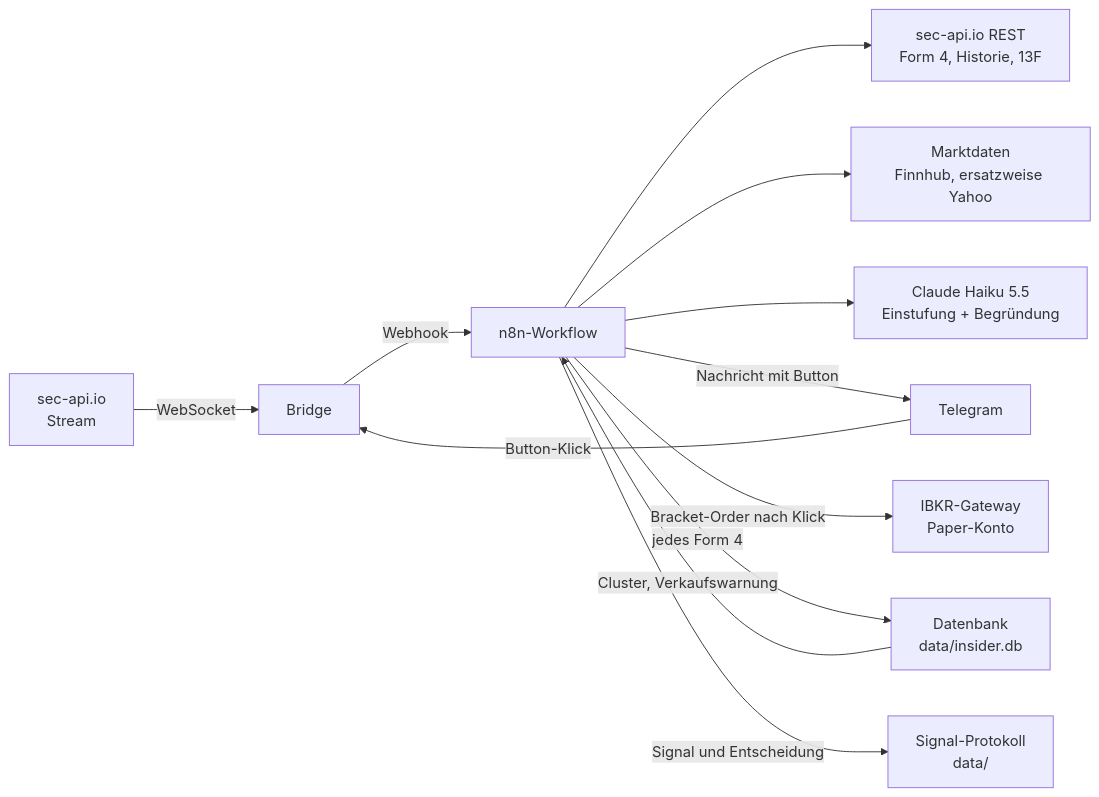
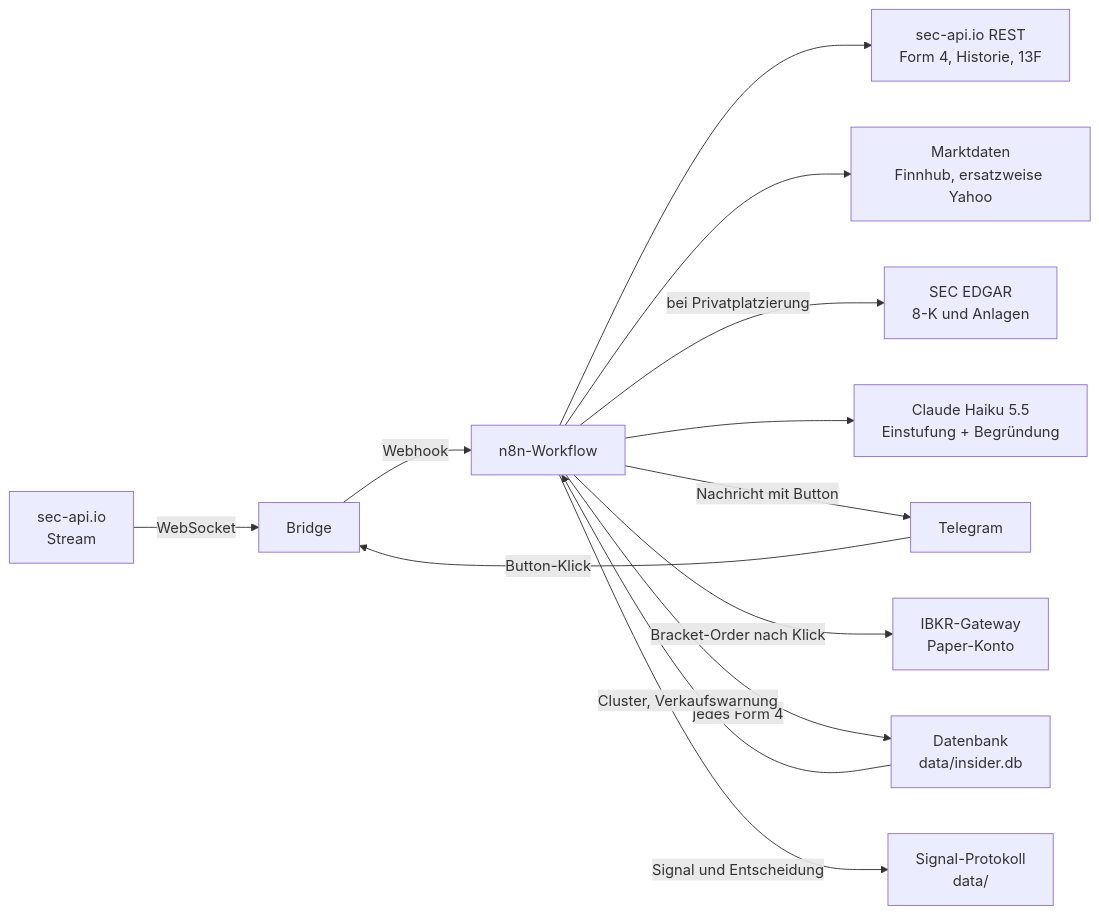
The diagram in README.md (Raphi372/Insider), drawn with Mermaid before and after one commit. The commit also changed other lines of this file and 16 other files, not shown here.

````diff
--- a/README.md
+++ b/README.md
@@ -13,14 +13,15 @@
 ```mermaid
 flowchart LR
   SEC[sec-api.io<br/>Stream] -- WebSocket --> B[Bridge]
   TG[Telegram] -- Button-Klick --> B
   B -- Webhook --> N[n8n-Workflow]
   N --> S1[sec-api.io REST<br/>Form 4, Historie, 13F]
   N --> Y[Marktdaten<br/>Finnhub, ersatzweise Yahoo]
+  N -- "bei Privatplatzierung" --> E[SEC EDGAR<br/>8-K und Anlagen]
   N --> C[Claude Haiku 5.5<br/>Einstufung + Begründung]
   N -- Nachricht mit Button --> TG
   N -- Bracket-Order nach Klick --> I[IBKR-Gateway<br/>Paper-Konto]
   N -- jedes Form 4 --> D[Datenbank<br/>data/insider.db]
   D -- "Cluster, Verkaufswarnung" --> N
   N -- Signal und Entscheidung --> J[Signal-Protokoll<br/>data/]
 ```
````
